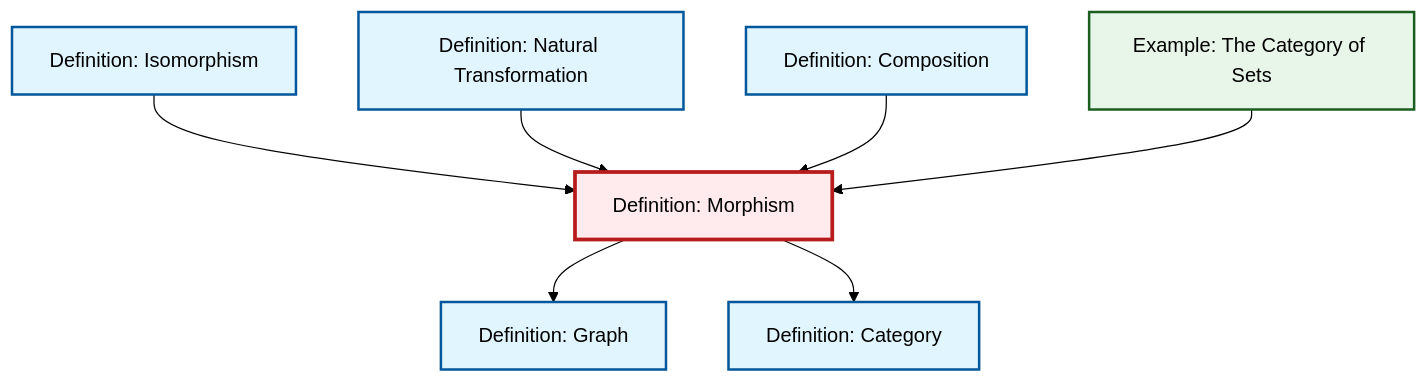
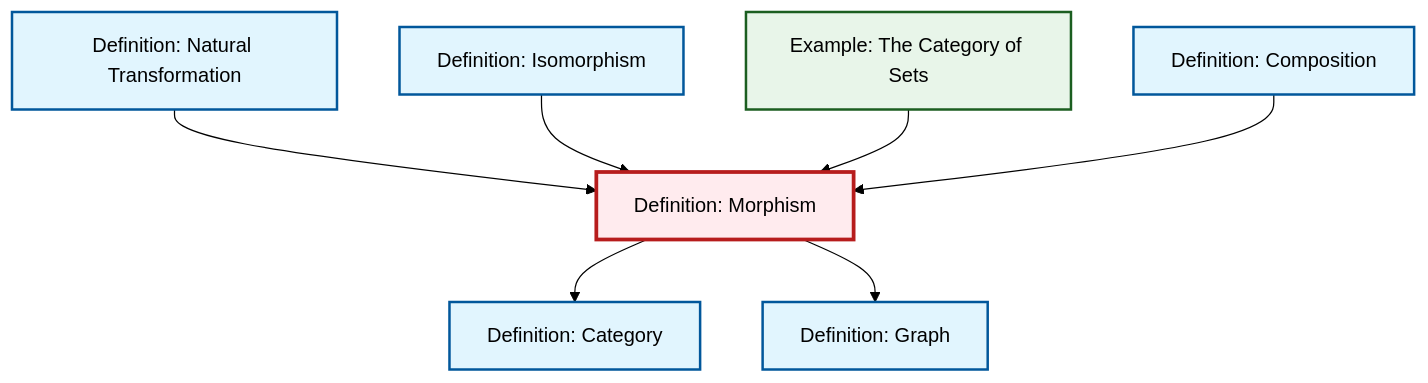
One commit to RK0429/ModernMath changed the diagram in content/en/category-theory/def-morphism.qmd. Above: the diagram before and after it, drawn with Mermaid (forest theme). The commit also changed other lines of this file and 497 other files, not shown here.

````diff
--- a/content/en/category-theory/def-morphism.qmd
+++ b/content/en/category-theory/def-morphism.qmd
@@ -56,29 +56,29 @@
 ```{mermaid}
 %%| fig-cap: "Local dependency graph"
 graph TD
     classDef definition fill:#e1f5fe,stroke:#01579b,stroke-width:2px
     classDef theorem fill:#f3e5f5,stroke:#4a148c,stroke-width:2px
     classDef axiom fill:#fff3e0,stroke:#e65100,stroke-width:2px
     classDef example fill:#e8f5e9,stroke:#1b5e20,stroke-width:2px
     classDef current fill:#ffebee,stroke:#b71c1c,stroke-width:3px
+    def-natural-transformation["Definition: Natural Transformation"]:::definition
+    ex-set-category["Example: The Category of Sets"]:::example
+    def-morphism["Definition: Morphism"]:::definition
+    def-category["Definition: Category"]:::definition
     def-composition["Definition: Composition"]:::definition
-    def-morphism["Definition: Morphism"]:::definition
+    def-graph["Definition: Graph"]:::definition
     def-isomorphism["Definition: Isomorphism"]:::definition
-    def-category["Definition: Category"]:::definition
-    def-natural-transformation["Definition: Natural Transformation"]:::definition
-    def-graph["Definition: Graph"]:::definition
-    ex-set-category["Example: The Category of Sets"]:::example
+    def-natural-transformation --> def-morphism
+    def-morphism --> def-category
+    def-isomorphism --> def-morphism
+    ex-set-category --> def-morphism
     def-morphism --> def-graph
-    def-isomorphism --> def-morphism
-    def-morphism --> def-category
-    def-natural-transformation --> def-morphism
     def-composition --> def-morphism
-    ex-set-category --> def-morphism
     class def-morphism current
+    click def-natural-transformation "def-natural-transformation.html" "Go to Natural Transformation definition"
+    click ex-set-category "ex-set-category.html" "Go to The Category of Sets example"
+    click def-category "def-category.html" "Go to Category definition"
     click def-composition "def-composition.html" "Go to Composition definition"
+    click def-graph "def-graph.html" "Go to Graph definition"
     click def-isomorphism "def-isomorphism.html" "Go to Isomorphism definition"
-    click def-category "def-category.html" "Go to Category definition"
-    click def-natural-transformation "def-natural-transformation.html" "Go to Natural Transformation definition"
-    click def-graph "def-graph.html" "Go to Graph definition"
-    click ex-set-category "ex-set-category.html" "Go to The Category of Sets example"
 ```
````
